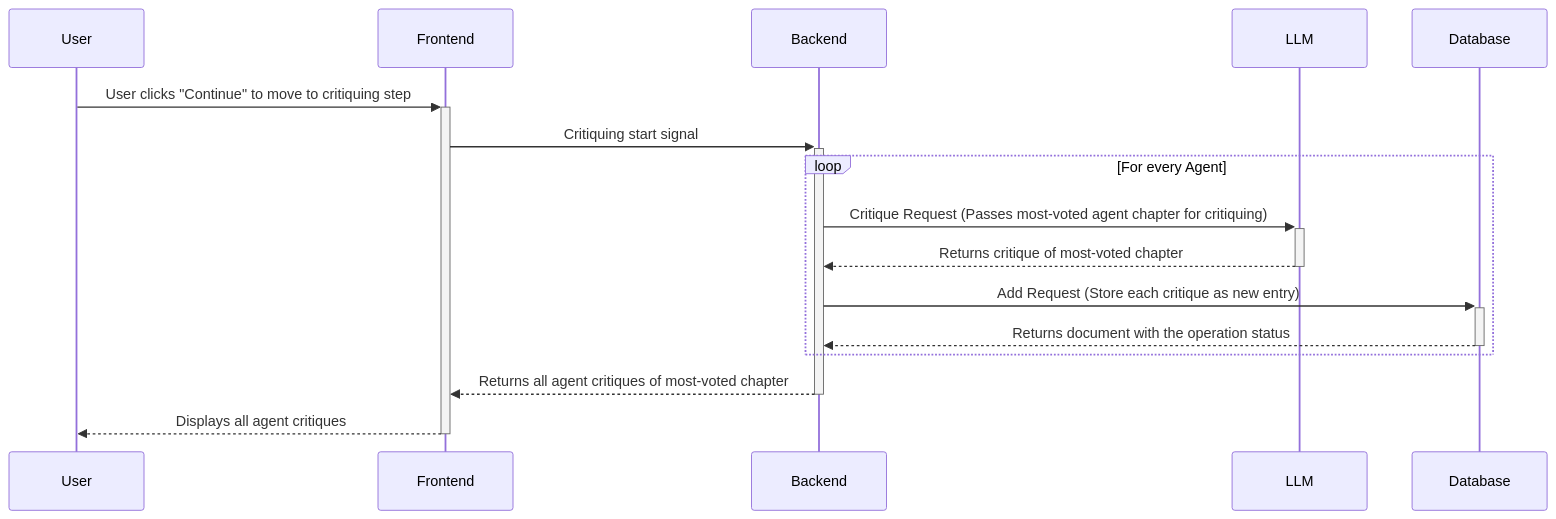
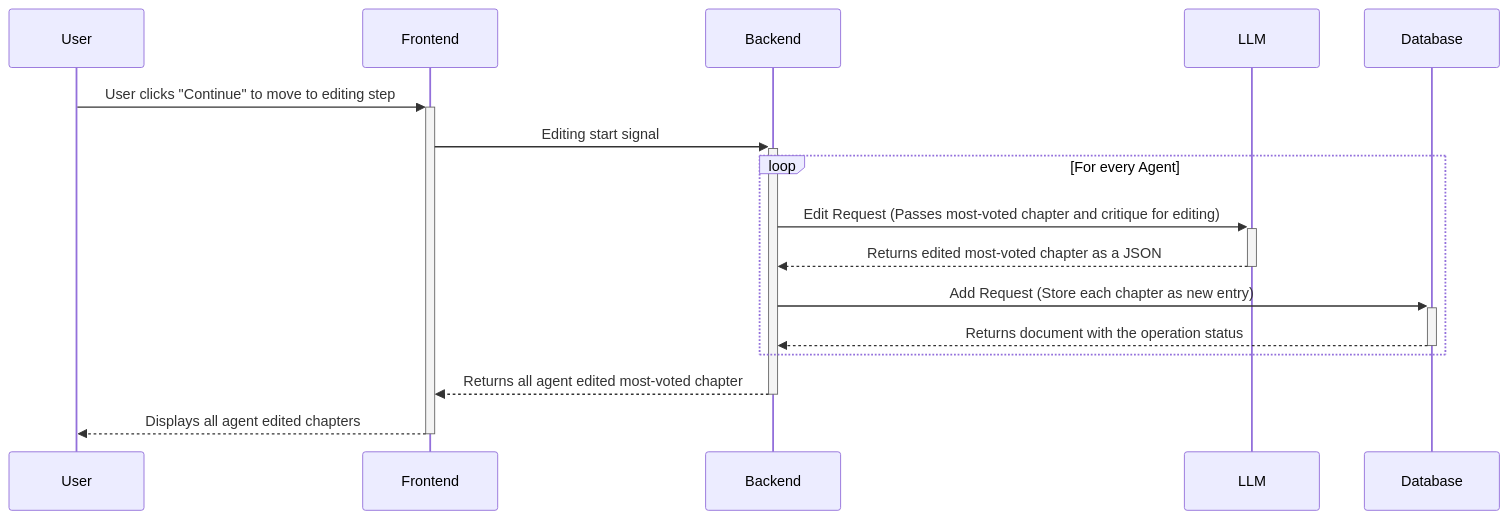
The ninth of 9 diagrams in documentation/docs/system-architecture/sequence-diagrams.md (Capstone-Projects-2025-Spring/project-003-story-builder-team-1), drawn with Mermaid before and after one commit. The commit also changed other lines of this file, not shown here.

Commit message:
Updated Agent Editing sequence diagram and fixed some issues throughout

````diff
--- a/documentation/docs/system-architecture/sequence-diagrams.md
+++ b/documentation/docs/system-architecture/sequence-diagrams.md
@@ -183,18 +189,18 @@
 ```mermaid
 sequenceDiagram
     participant User
     participant Frontend
     participant Backend
     participant LLM
     participant Database
-    User->>+Frontend: User clicks "Continue" to move to critiquing step
-    Frontend->>+Backend: Critiquing start signal
+    User->>+Frontend: User clicks "Continue" to move to editing step
+    Frontend->>+Backend: Editing start signal
     loop For every Agent
-        Backend->>+LLM: Critique Request (Passes most-voted agent chapter for critiquing)
-        LLM-->>-Backend: Returns critique of most-voted chapter
-        Backend->>+Database: Add Request (Store each critique as new entry)
+        Backend->>+LLM: Edit Request (Passes most-voted chapter and critique for editing)
+        LLM-->>-Backend: Returns edited most-voted chapter as a JSON
+        Backend->>+Database: Add Request (Store each chapter as new entry)
         Database-->>-Backend: Returns document with the operation status
     end
-    Backend-->>-Frontend: Returns all agent critiques of most-voted chapter
-    Frontend-->>-User: Displays all agent critiques
+    Backend-->>-Frontend: Returns all agent edited most-voted chapter
+    Frontend-->>-User: Displays all agent edited chapters
 ```
````
